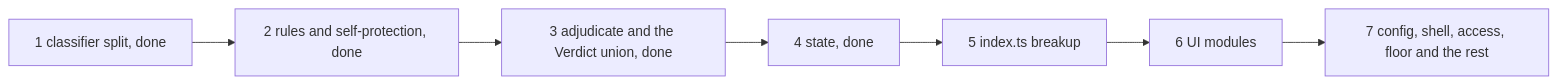
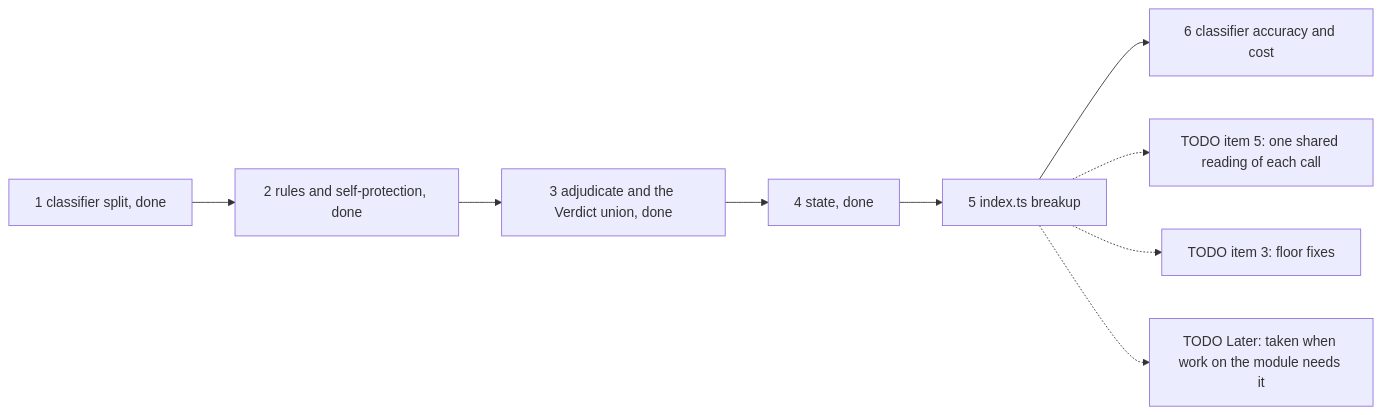
One commit to jonatsu/pi-verdict changed the diagram in docs/plans/simplify-and-comments.md. Above: the diagram before and after it, drawn with Mermaid. The commit also changed other lines of this file, not shown here.

````diff
--- a/docs/plans/simplify-and-comments.md
+++ b/docs/plans/simplify-and-comments.md
@@ -24,9 +27,11 @@
 ```mermaid
 flowchart LR
   S1[1 classifier split, done] --> S2[2 rules and self-protection, done]
   S2 --> S3[3 adjudicate and the Verdict union, done]
   S3 --> S4[4 state, done]
   S4 --> S5[5 index.ts breakup]
-  S5 --> S6[6 UI modules]
-  S6 --> S7[7 config, shell, access, floor and the rest]
+  S5 --> S6[6 classifier accuracy and cost]
+  S5 -.-> T5[TODO item 5: one shared reading of each call]
+  S5 -.-> T3[TODO item 3: floor fixes]
+  S5 -.-> TL[TODO Later: taken when work on the module needs it]
 ```
````
